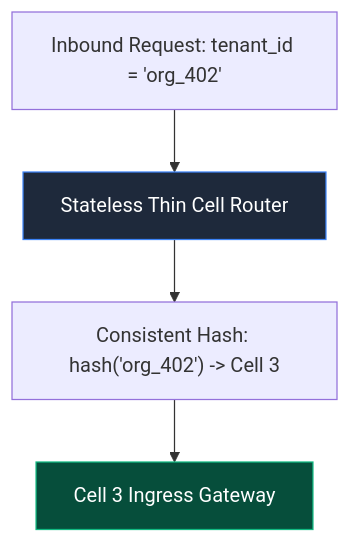
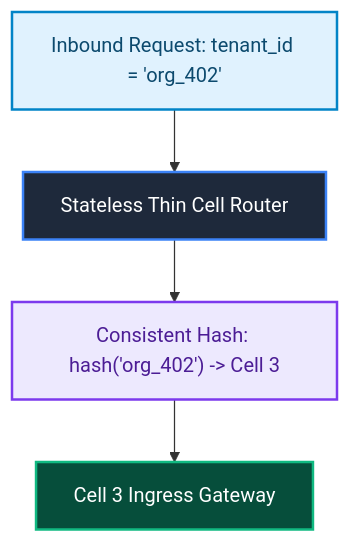
Before and after one commit to akmalkhaniub/akmalkhaniub.github.io: the second of 3 diagrams in blog/posts/cell-based-architecture-aws-stripe-slack-blast-radius-mitigation.md, drawn with Mermaid. The commit also changed other lines of this file and 1291 other files, not shown here.

First line of the commit message:
feat(catalog): unique covers, scholarly references, and diagram palettes

````diff
--- a/blog/posts/cell-based-architecture-aws-stripe-slack-blast-radius-mitigation.md
+++ b/blog/posts/cell-based-architecture-aws-stripe-slack-blast-radius-mitigation.md
@@ -78,9 +89,19 @@
 ```mermaid
 flowchart TD
-  Client[Inbound Request: tenant_id = 'org_402'] --> Router[Stateless Thin Cell Router]
+  Client["Inbound Request: tenant_id = 'org_402'"] --> Router["Stateless Thin Cell Router"]
   Router --> Mapping["Consistent Hash: hash('org_402') -> Cell 3"]
-  Mapping --> Cell3[Cell 3 Ingress Gateway]
+  Mapping --> Cell3["Cell 3 Ingress Gateway"]
   
   style Router fill:#1e293b,stroke:#3b82f6,color:#ffffff
   style Cell3 fill:#064e3b,stroke:#10b981,color:#ffffff
+
+classDef green fill:#dcfce7,stroke:#16a34a,stroke-width:2px,color:#14532d;
+classDef red fill:#fee2e2,stroke:#dc2626,stroke-width:2px,color:#7f1d1d;
+classDef blue fill:#e0f2fe,stroke:#0284c7,stroke-width:2px,color:#0c4a6e;
+classDef yellow fill:#fef3c7,stroke:#d97706,stroke-width:2px,color:#78350f;
+classDef purple fill:#ede9fe,stroke:#7c3aed,stroke-width:2px,color:#4c1d95;
+class Client blue
+class Router green
+class Mapping purple
+class Cell3 yellow
 ```
````
